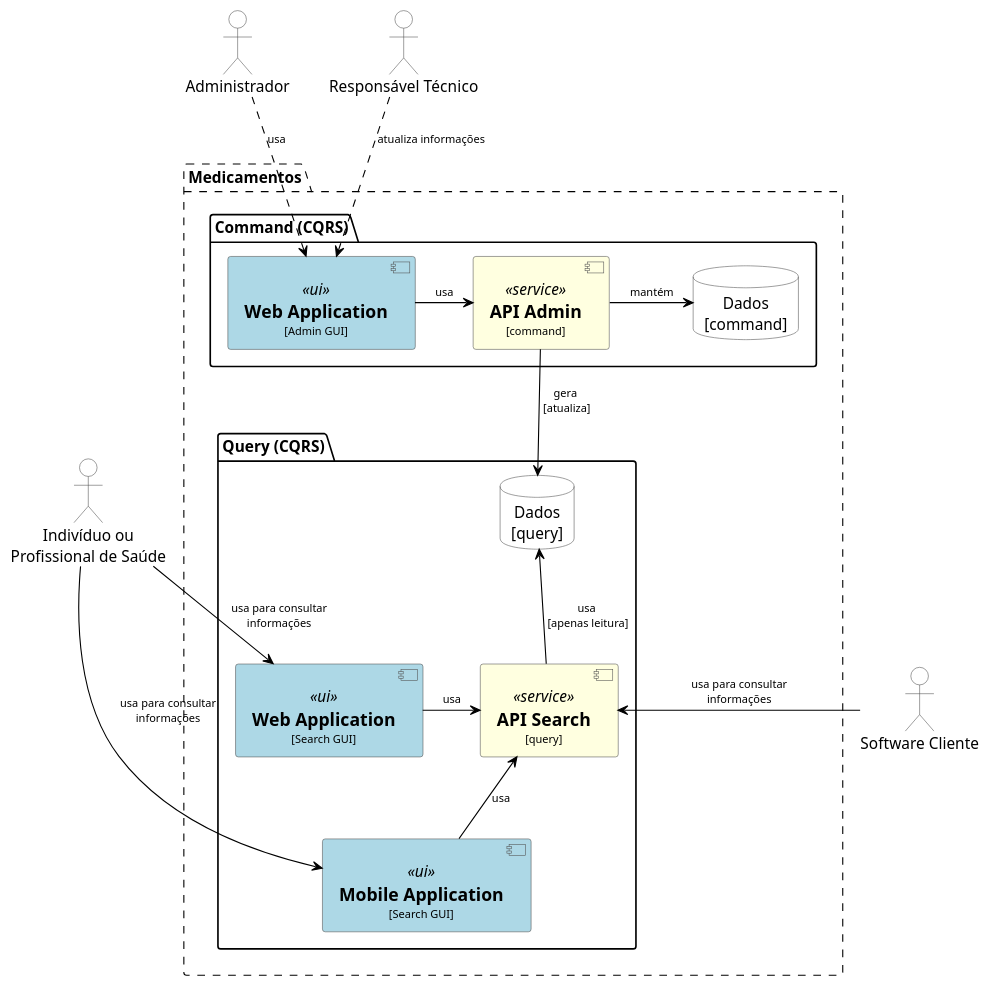
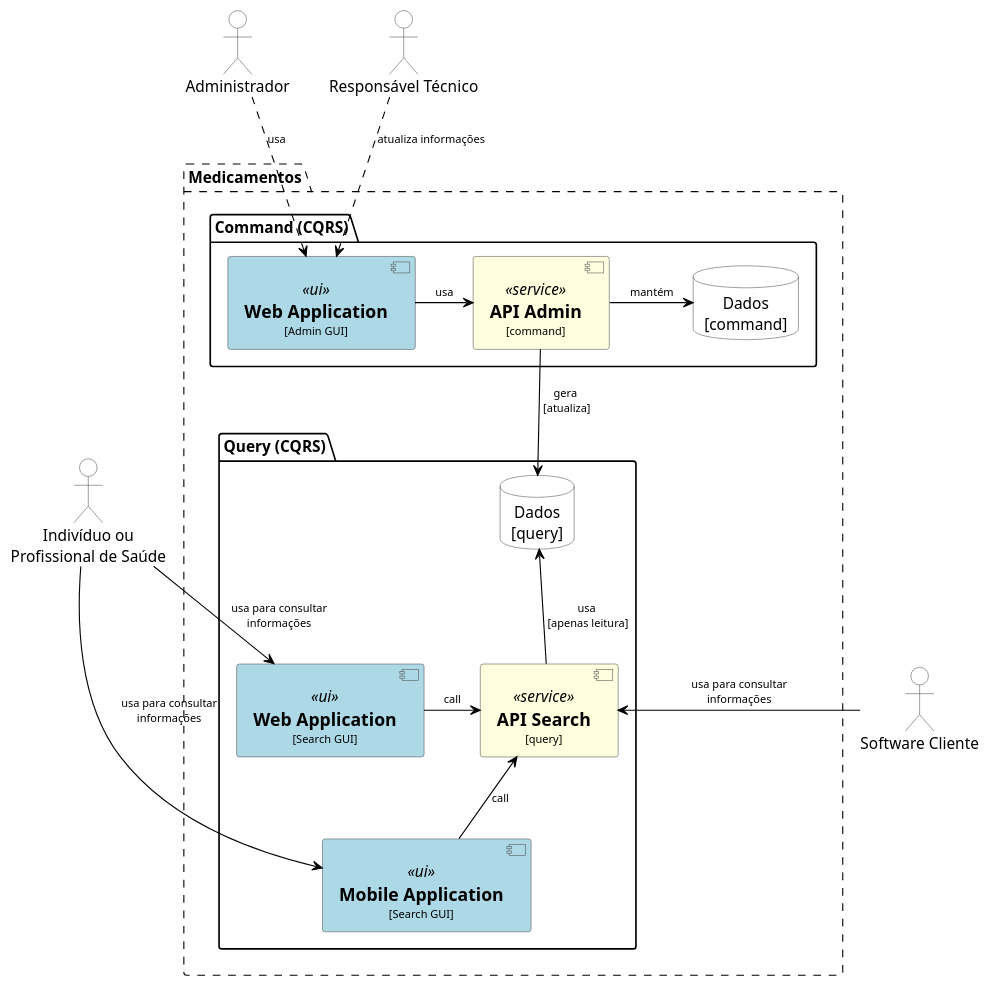
One commit to kyriosdata/medicamentos changed the diagram in UML/c4-container.puml. Above: the diagram before and after it, drawn with PlantUML.

Commit message:
atualiza

```diff
--- a/UML/c4-container.puml
+++ b/UML/c4-container.puml
@@ -1,78 +1,78 @@
 @startuml c4-container
 
 skinparam {
   shadowing false
   arrowFontSize 10
   defaultTextAlignment center
   wrapWidth 200
   maxMessageSize 100
   ArrowColor #gray
 }
 
 skinparam package {
 }
 
 skinparam component {
     BackgroundColor White
     ArrowColor Black
     BorderColor #505050
 }
 
 skinparam component<<ui>> {
     BackgroundColor #lightblue
     ArrowColor Black
     BorderColor #505050
 }
 
 skinparam component<<service>> {
     BackgroundColor #lightyellow
     ArrowColor Black
     BorderColor #505050
 }
 
 skinparam database {
     BackgroundColor White
     ArrowColor Black
     BorderColor #505050
 }
 
 skinparam actor {
     BackgroundColor White
     ArrowColor Black
     BorderColor #505050
 }
 
 package Medicamentos #line.dashed{
  package "Command (CQRS)" {
     component "==Web Application\n<size:10>[Admin GUI]</size>" <<ui>> as WebAdmin
     component "==API Admin\n<size:10>[command]</size>" <<service>> as ApiAdmin
     database "Dados\n[command]" as DBW
  }
 
  package "Query (CQRS)" {
     component "==Web Application\n<size:10>[Search GUI]</size>" <<ui>> as WebSearch
     component "==Mobile Application\n<size:10>[Search GUI]</size>" <<ui>> as MobileSearch
     component "==API Search\n<size:10>[query]</size>" <<service>> as ApiSearch
     database "Dados\n[query]" as DBR
  }
 }
 
 actor Administrador
 actor "Responsável Técnico" as RT
 actor "Indivíduo ou\nProfissional de Saúde" as PS
 actor "Software Cliente" as SC
 
 Administrador .down.> WebAdmin : "usa"
 RT .down.> WebAdmin : "atualiza informações"
 
 WebAdmin -right-> ApiAdmin : usa
 ApiAdmin -right-> DBW : "mantém"
 ApiSearch -up-> DBR : "usa\n [apenas leitura]"
 ApiAdmin -down-> DBR : "gera\n [atualiza]"
-WebSearch -left-> ApiSearch : usa
-MobileSearch -up-> ApiSearch : usa
+WebSearch -left-> ApiSearch : call
+MobileSearch -up-> ApiSearch : call
 SC -left-> ApiSearch : "usa para consultar informações"
 PS --> WebSearch : "usa para consultar informações"
 PS --> MobileSearch : "usa para consultar informações"
 
 @enduml
```
